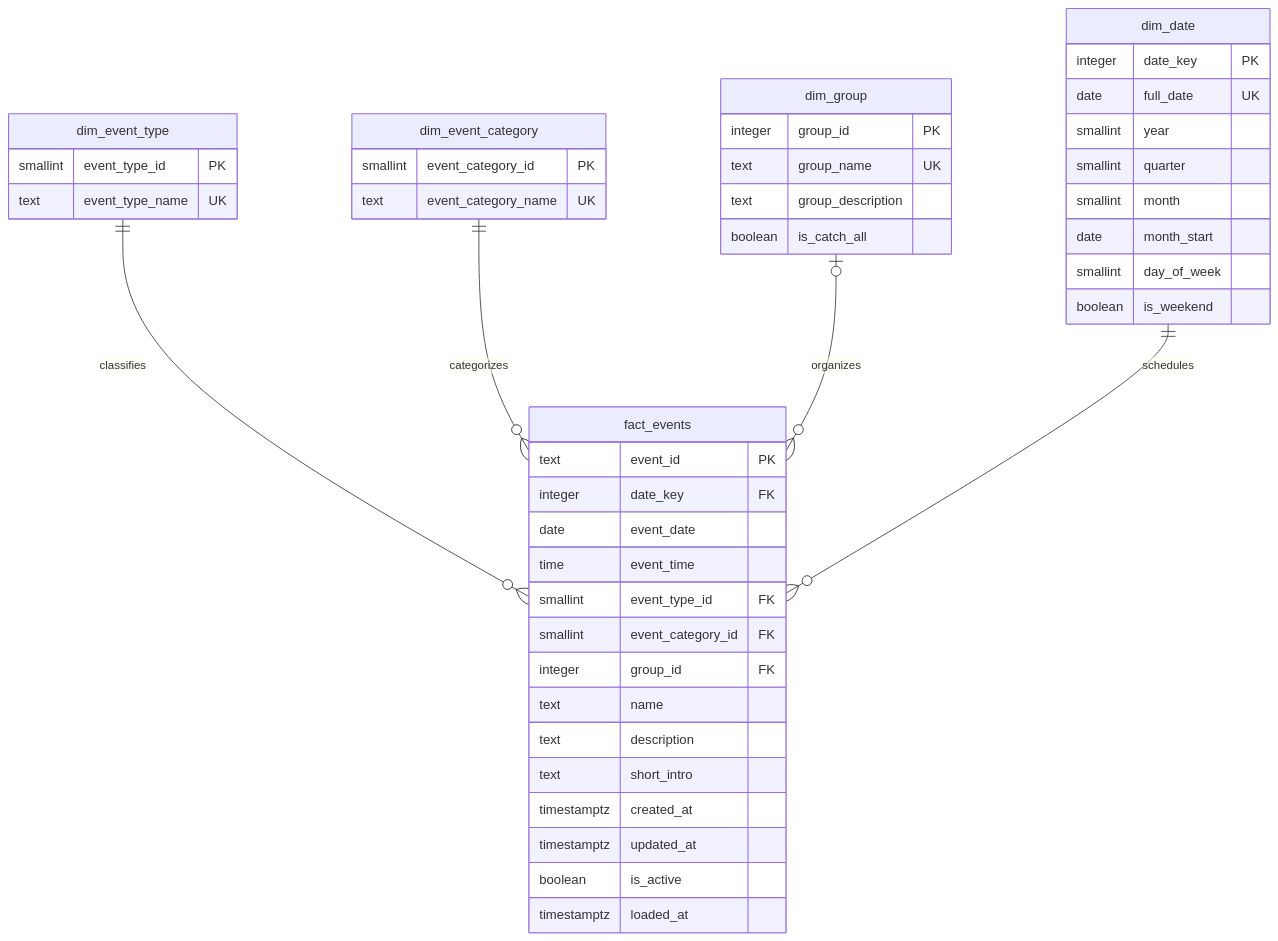
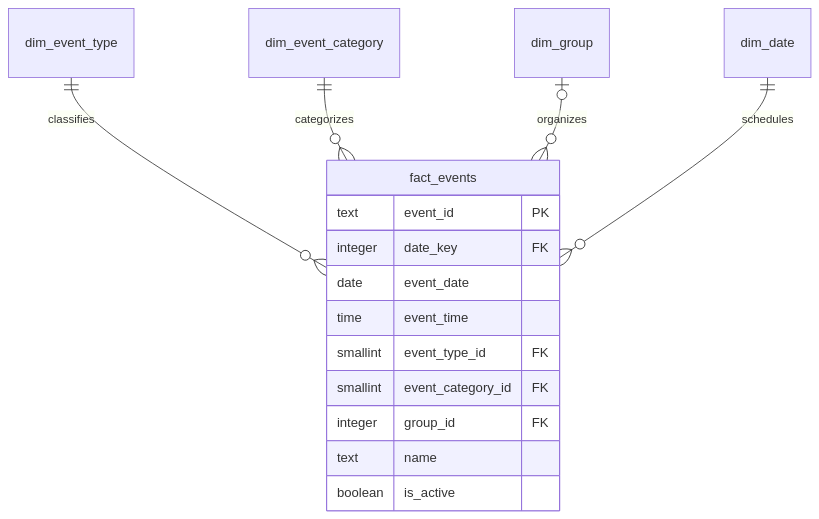
The third of 3 diagrams in docs/case-study.md (jcsmileyjr/memphis-tech-events-pipeline), drawn with Mermaid before and after one commit. The commit also changed other lines of this file, not shown here.

````diff
--- a/docs/case-study.md
+++ b/docs/case-study.md
@@ -196,48 +123,19 @@
 ```mermaid
 erDiagram
     dim_event_type ||--o{ fact_events : classifies
     dim_event_category ||--o{ fact_events : categorizes
     dim_group |o--o{ fact_events : organizes
     dim_date ||--o{ fact_events : schedules
 
-    dim_event_type {
-        smallint event_type_id PK
-        text event_type_name UK
-    }
-    dim_event_category {
-        smallint event_category_id PK
-        text event_category_name UK
-    }
-    dim_group {
-        integer group_id PK
-        text group_name UK
-        text group_description
-        boolean is_catch_all
-    }
-    dim_date {
-        integer date_key PK
-        date full_date UK
-        smallint year
-        smallint quarter
-        smallint month
-        date month_start
-        smallint day_of_week
-        boolean is_weekend
-    }
     fact_events {
         text event_id PK
         integer date_key FK
         date event_date
         time event_time
         smallint event_type_id FK
         smallint event_category_id FK
         integer group_id FK
         text name
-        text description
-        text short_intro
-        timestamptz created_at
-        timestamptz updated_at
         boolean is_active
-        timestamptz loaded_at
     }
 ```
````
